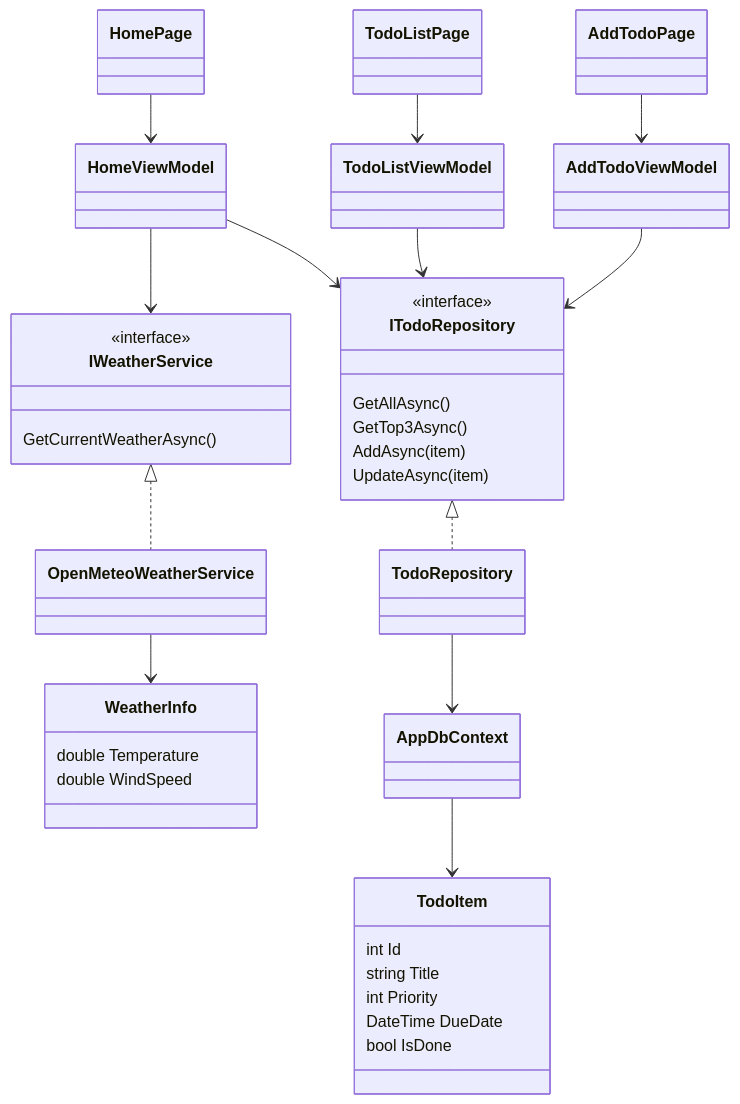
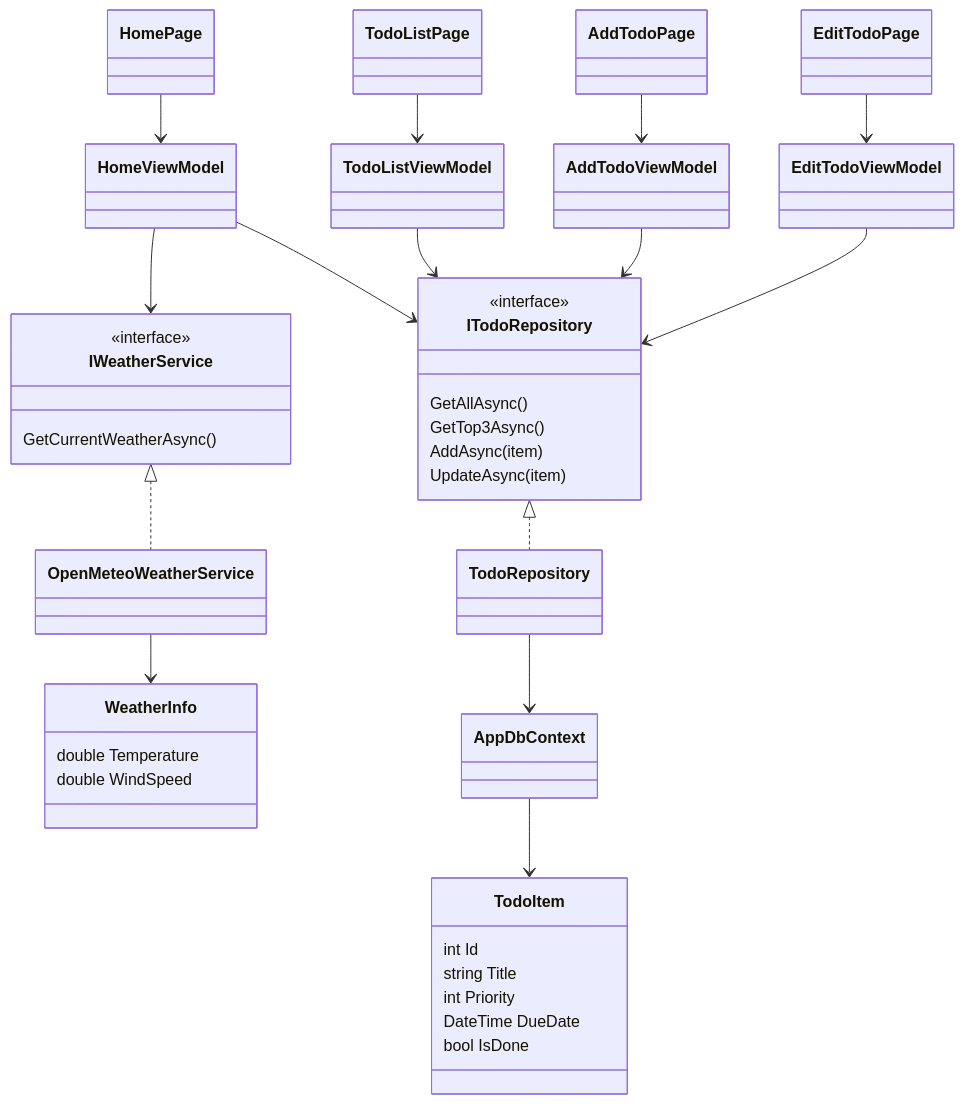
The diagram in README.md (Yash77b/LifeManagementApp), drawn with Mermaid before and after one commit. The commit also changed other lines of this file, not shown here.

````diff
--- a/README.md
+++ b/README.md
@@ -52,37 +52,39 @@
 ```mermaid
 classDiagram
     class TodoItem {
         int Id
         string Title
         int Priority
         DateTime DueDate
         bool IsDone
     }
     class WeatherInfo {
         double Temperature
         double WindSpeed
     }
     class ITodoRepository {
         <<interface>>
         GetAllAsync()
         GetTop3Async()
         AddAsync(item)
         UpdateAsync(item)
     }
     class IWeatherService {
         <<interface>>
         GetCurrentWeatherAsync()
     }
     ITodoRepository <|.. TodoRepository
     IWeatherService <|.. OpenMeteoWeatherService
     TodoRepository --> AppDbContext
     AppDbContext --> TodoItem
     OpenMeteoWeatherService --> WeatherInfo
     HomeViewModel --> ITodoRepository
     HomeViewModel --> IWeatherService
     TodoListViewModel --> ITodoRepository
     AddTodoViewModel --> ITodoRepository
     HomePage --> HomeViewModel
     TodoListPage --> TodoListViewModel
     AddTodoPage --> AddTodoViewModel
+    EditTodoViewModel --> ITodoRepository
+    EditTodoPage --> EditTodoViewModel
 ```
````
